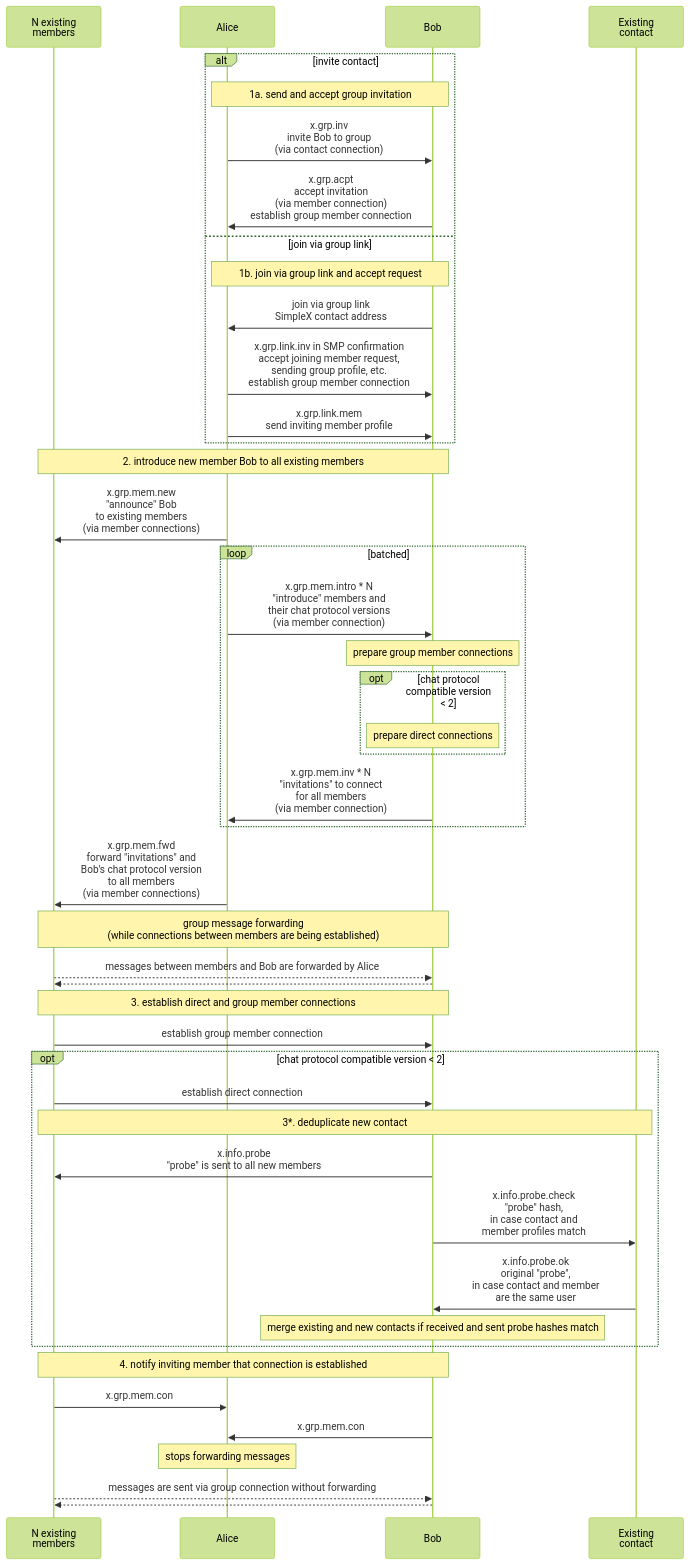
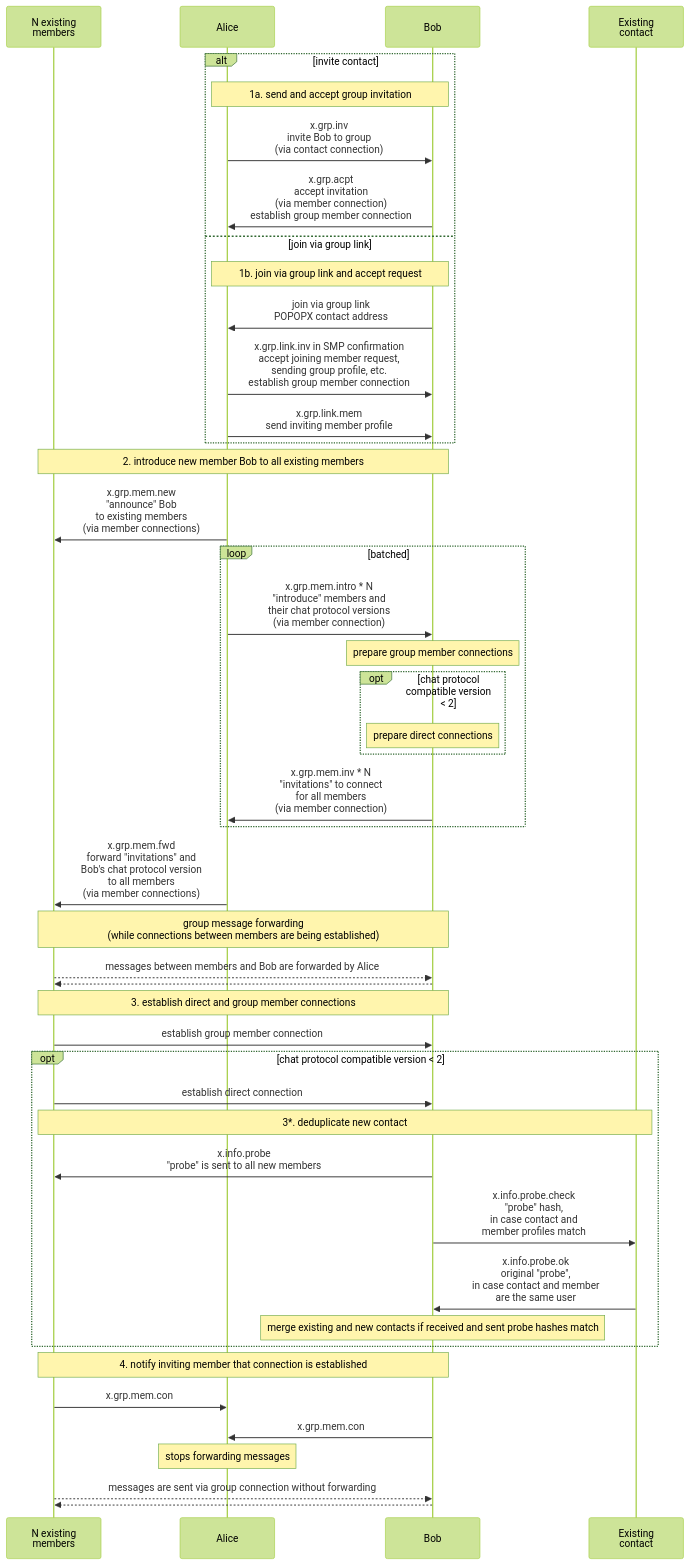
The diagram in docs/protocol/diagrams/group.mmd (popopx/popopx-chat), drawn with Mermaid (forest theme) before and after one commit. The commit also changed 1442 other files, not shown here.

First line of the commit message:
rebrand: complete SimpleX → POPOPX renaming across entire codebase

```diff
--- a/docs/protocol/diagrams/group.mmd
+++ b/docs/protocol/diagrams/group.mmd
@@ -1,51 +1,51 @@
 sequenceDiagram
   participant M as N existing<br>members
   participant A as Alice
   participant B as Bob
   participant C as Existing<br>contact
 
   alt invite contact
     note over A, B: 1a. send and accept group invitation
     A ->> B: x.grp.inv<br>invite Bob to group<br>(via contact connection)
     B ->> A: x.grp.acpt<br>accept invitation<br>(via member connection)<br>establish group member connection
   else join via group link
     note over A, B: 1b. join via group link and accept request
-    B ->> A: join via group link<br>SimpleX contact address
+    B ->> A: join via group link<br>POPOPX contact address
     A ->> B: x.grp.link.inv in SMP confirmation<br>accept joining member request,<br>sending group profile, etc.<br>establish group member connection
     A ->> B: x.grp.link.mem<br>send inviting member profile
   end
 
   note over M, B: 2. introduce new member Bob to all existing members
   A ->> M: x.grp.mem.new<br>"announce" Bob<br>to existing members<br>(via member connections)
   loop batched
     A ->> B: x.grp.mem.intro * N<br>"introduce" members and<br>their chat protocol versions<br>(via member connection)
     note over B: prepare group member connections
     opt chat protocol compatible version < 2
       note over B: prepare direct connections
     end
     B ->> A: x.grp.mem.inv * N<br>"invitations" to connect<br>for all members<br>(via member connection)
   end
   A ->> M: x.grp.mem.fwd<br>forward "invitations" and<br>Bob's chat protocol version<br>to all members<br>(via member connections)
 
   note over M, B: group message forwarding<br>(while connections between members are being established)
   M -->> B: messages between members and Bob are forwarded by Alice
   B -->> M: 
 
   note over M, B: 3. establish direct and group member connections
   M ->> B: establish group member connection
 
   opt chat protocol compatible version < 2
     M ->> B: establish direct connection
     note over M, C: 3*. deduplicate new contact
     B ->> M: x.info.probe<br>"probe" is sent to all new members
     B ->> C: x.info.probe.check<br>"probe" hash,<br>in case contact and<br>member profiles match
     C ->> B: x.info.probe.ok<br> original "probe",<br> in case contact and member<br>are the same user
     note over B: merge existing and new contacts if received and sent probe hashes match
   end
 
   note over M, B: 4. notify inviting member that connection is established
   M ->> A: x.grp.mem.con
   B ->> A: x.grp.mem.con
   note over A: stops forwarding messages
   M -->> B: messages are sent via group connection without forwarding
   B -->> M: 
```
